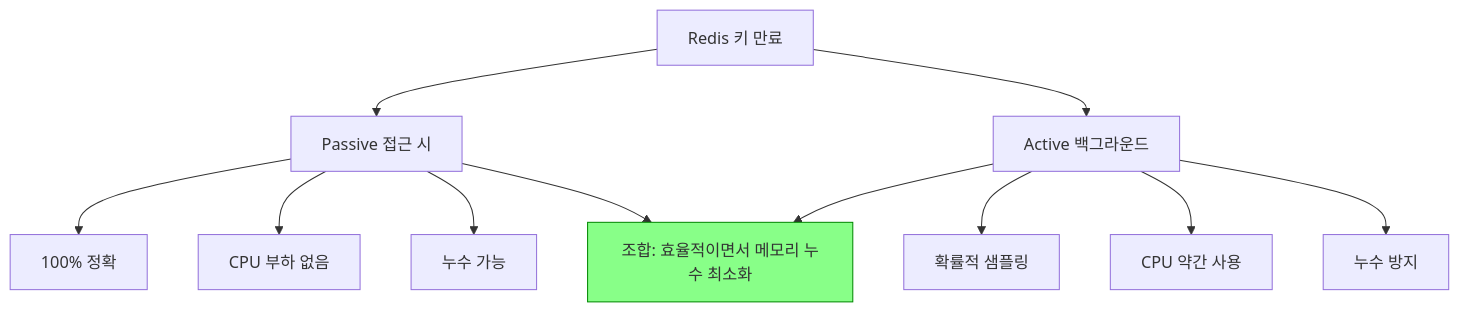
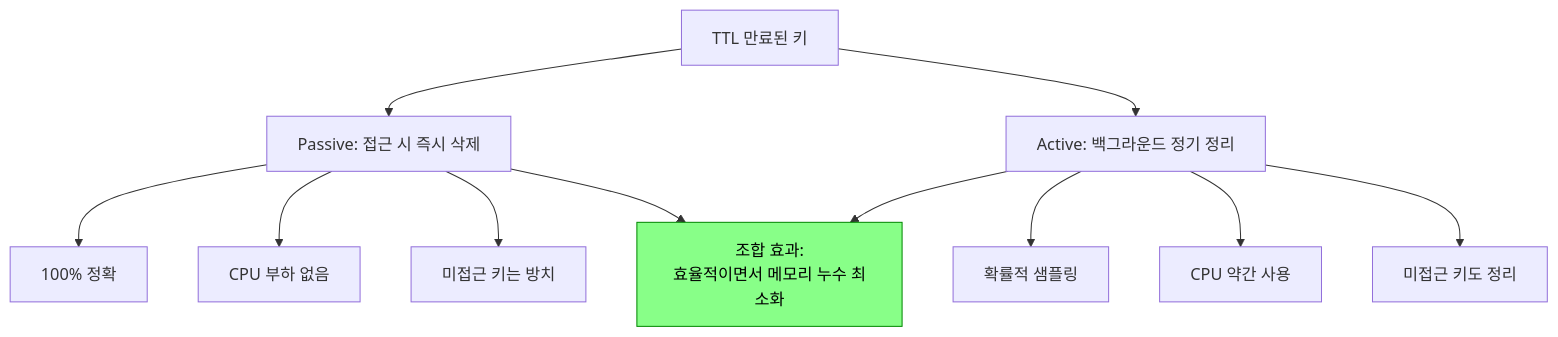
The third of 3 diagrams in _posts/redis/2026-05-01-redis-ttl.md (yjkim2015/yjkim2015.github.io), drawn with Mermaid before and after one commit. The commit also changed other lines of this file and 122 other files, not shown here.

````diff
--- a/_posts/redis/2026-05-01-redis-ttl.md
+++ b/_posts/redis/2026-05-01-redis-ttl.md
@@ -93,14 +88,14 @@
 ```mermaid
 graph TD
-    EXP[Redis 키 만료]
-    EXP --> P[Passive 접근 시]
-    EXP --> A[Active 백그라운드]
-    P --> P1[100% 정확]
-    P --> P2[CPU 부하 없음]
-    P --> P3[누수 가능]
-    A --> A1[확률적 샘플링]
-    A --> A2[CPU 약간 사용]
-    A --> A3[누수 방지]
-    P & A --> RESULT[조합: 효율적이면서 메모리 누수 최소화]
-    style RESULT fill:#8f8,stroke:#080
+    EXP["TTL 만료된 키"]
+    EXP --> P["Passive: 접근 시 즉시 삭제"]
+    EXP --> A["Active: 백그라운드 정기 정리"]
+    P --> P1["100% 정확"]
+    P --> P2["CPU 부하 없음"]
+    P --> P3["미접근 키는 방치"]
+    A --> A1["확률적 샘플링"]
+    A --> A2["CPU 약간 사용"]
+    A --> A3["미접근 키도 정리"]
+    P & A --> RESULT["조합 효과:<br>효율적이면서 메모리 누수 최소화"]
+    style RESULT fill:#8f8,stroke:#080,color:#000
 ```
````
